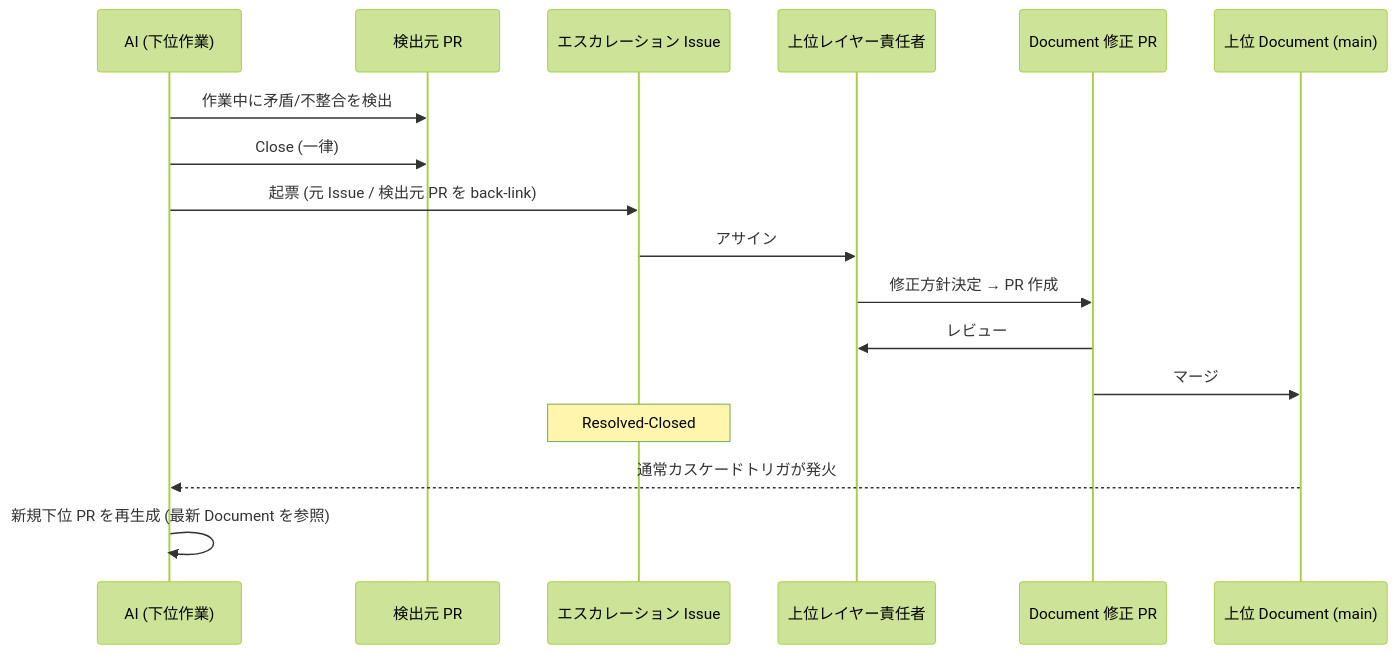
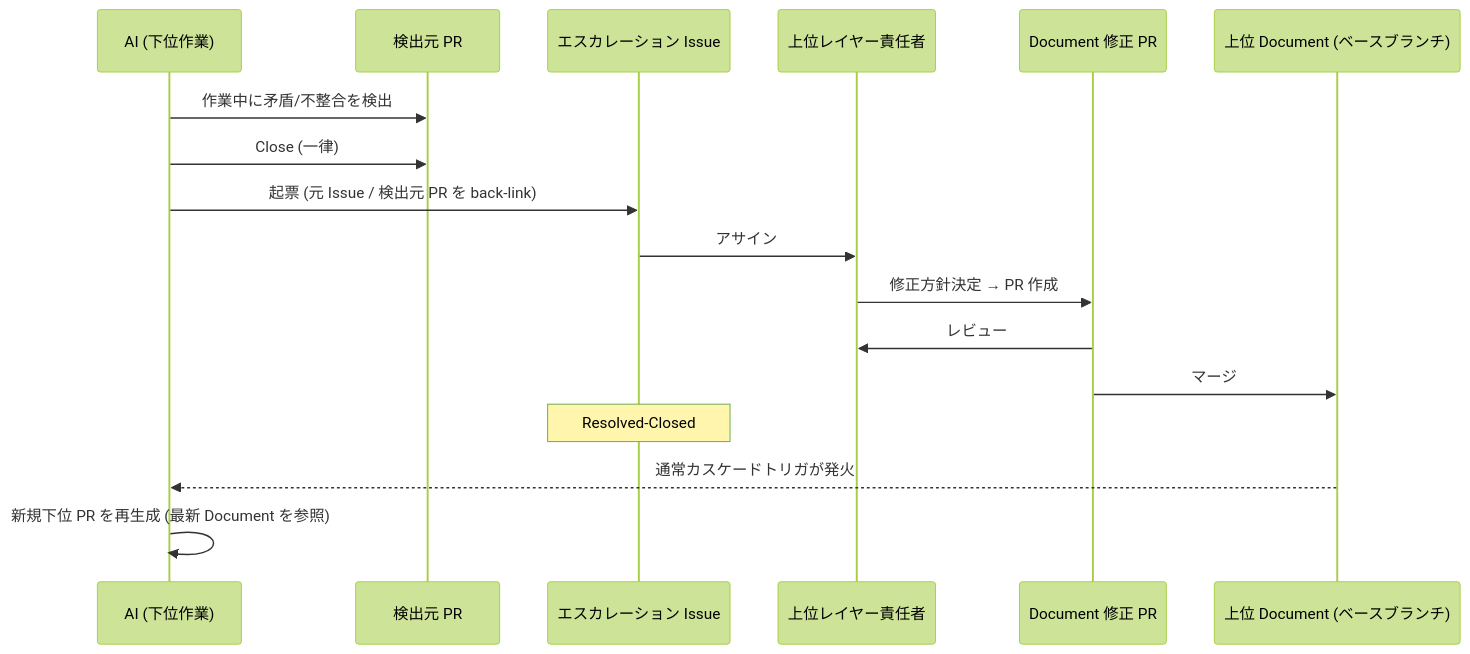
One commit to yumor-org/aigile changed the third of 3 diagrams in docs/escalation.md. Above: the diagram before and after it, drawn with Mermaid (forest theme). The commit also changed other lines of this file and 4 other files, not shown here.

````diff
--- a/docs/escalation.md
+++ b/docs/escalation.md
@@ -109,20 +109,20 @@
 ```mermaid
 sequenceDiagram
     participant AI as AI (下位作業)
     participant SrcPR as 検出元 PR
     participant EI as エスカレーション Issue
     participant Lead as 上位レイヤー責任者
     participant FixPR as Document 修正 PR
-    participant Doc as 上位 Document (main)
+    participant Doc as 上位 Document (ベースブランチ)
 
     AI->>SrcPR: 作業中に矛盾/不整合を検出
     AI->>SrcPR: Close (一律)
     AI->>EI: 起票 (元 Issue / 検出元 PR を back-link)
     EI->>Lead: アサイン
     Lead->>FixPR: 修正方針決定 → PR 作成
     FixPR->>Lead: レビュー
     FixPR->>Doc: マージ
     Note over EI: Resolved-Closed
     Doc-->>AI: 通常カスケードトリガが発火
     AI->>AI: 新規下位 PR を再生成 (最新 Document を参照)
 ```
````
